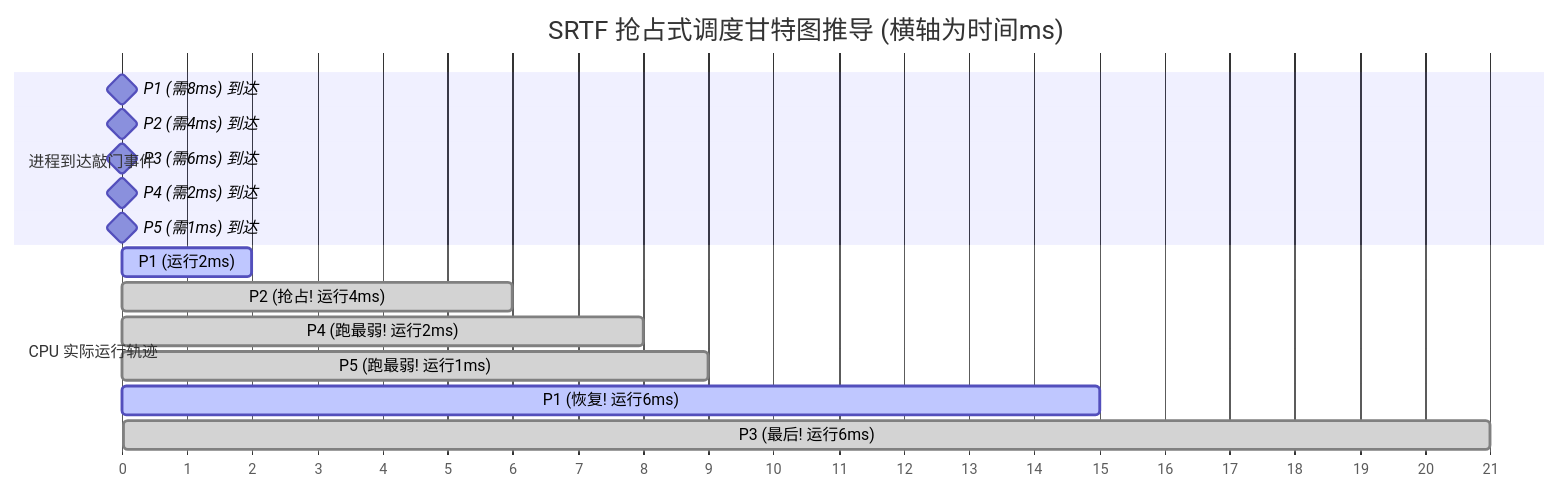
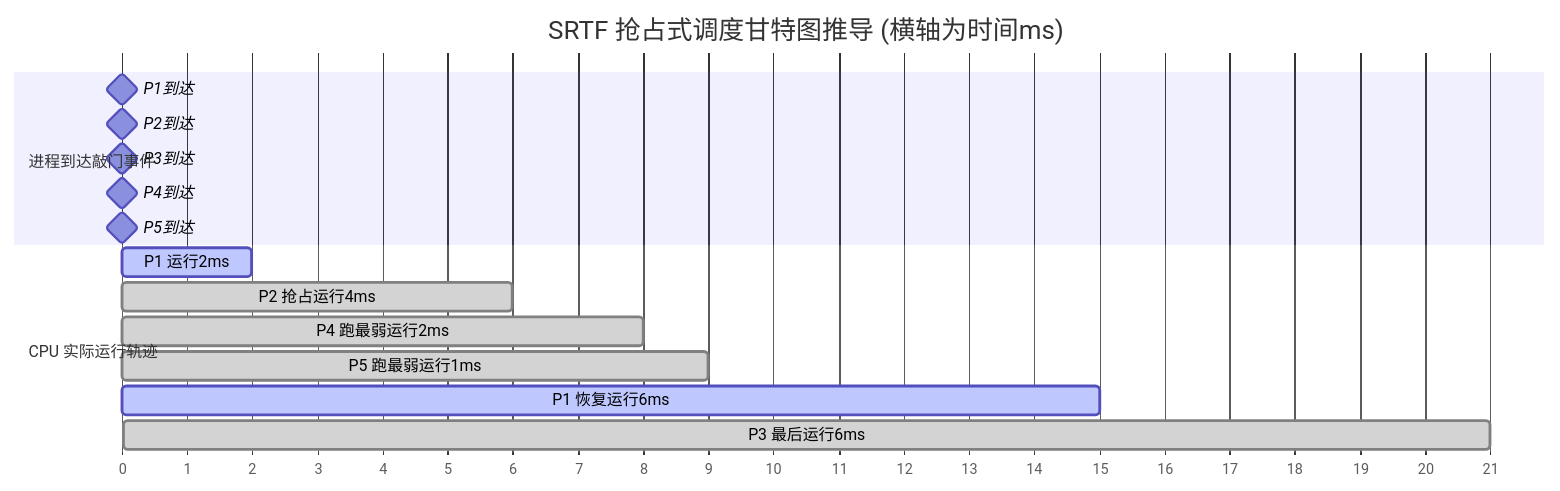
One commit to cpsa3/software-designer-fast-pass changed the diagram in 07-topic-mastery/07-进程调度算法与甘特图-底层透析.md. Above: the diagram before and after it, drawn with Mermaid. The commit also changed 2 other files, not shown here.

Commit message:
fix(topic-mastery): resolve strict mermaid parse errors by quoting node labels and removing unsafe chars

````diff
--- a/07-topic-mastery/07-进程调度算法与甘特图-底层透析.md
+++ b/07-topic-mastery/07-进程调度算法与甘特图-底层透析.md
@@ -23,21 +23,21 @@
 ```mermaid
 gantt
     title SRTF 抢占式调度甘特图推导 (横轴为时间ms)
     dateFormat X
     axisFormat %s
     
     section 进程到达敲门事件
-    P1 (需8ms) 到达 :milestone, m1, 0, 0d
-    P2 (需4ms) 到达 :milestone, m2, 2, 0d
-    P3 (需6ms) 到达 :milestone, m3, 4, 0d
-    P4 (需2ms) 到达 :milestone, m4, 6, 0d
-    P5 (需1ms) 到达 :milestone, m5, 8, 0d
+    P1到达 :milestone, m1, 0, 0d
+    P2到达 :milestone, m2, 2, 0d
+    P3到达 :milestone, m3, 4, 0d
+    P4到达 :milestone, m4, 6, 0d
+    P5到达 :milestone, m5, 8, 0d
     
     section CPU 实际运行轨迹
-    P1 (运行2ms)       :active, p1_1, 0, 2
-    P2 (抢占! 运行4ms)  :done, p2, 2, 6
-    P4 (跑最弱! 运行2ms):done, p4, 6, 8
-    P5 (跑最弱! 运行1ms):done, p5, 8, 9
-    P1 (恢复! 运行6ms)  :active, p1_2, 9, 15
-    P3 (最后! 运行6ms)  :done, p3, 15, 21
+    P1 运行2ms       :active, p1_1, 0, 2
+    P2 抢占运行4ms    :done, p2, 2, 6
+    P4 跑最弱运行2ms   :done, p4, 6, 8
+    P5 跑最弱运行1ms   :done, p5, 8, 9
+    P1 恢复运行6ms    :active, p1_2, 9, 15
+    P3 最后运行6ms    :done, p3, 15, 21
 ```
````
